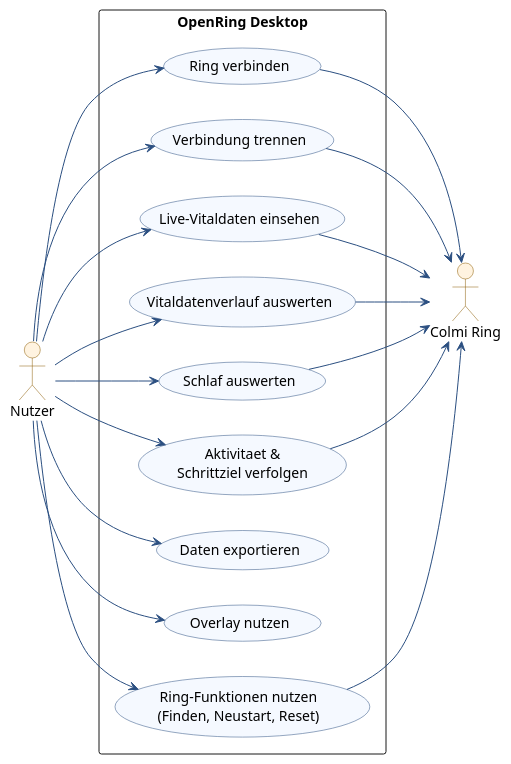
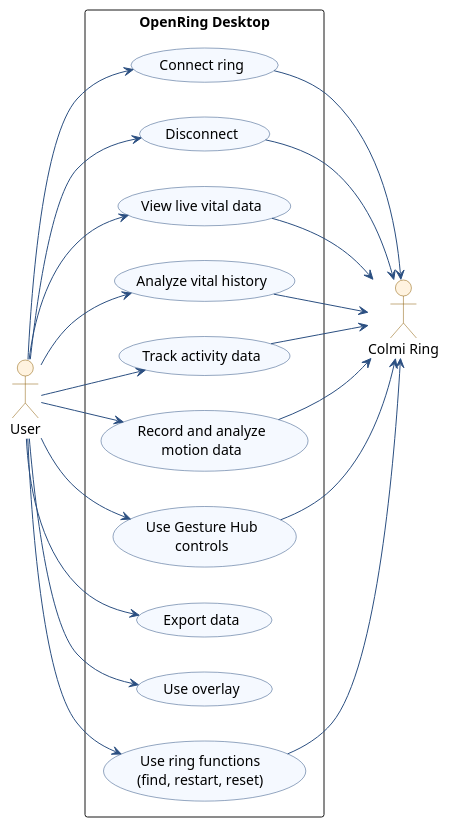
Before and after one commit to mkraska06/openring-dashboard: the diagram in docs/specs/use-case-diagram.puml, drawn with PlantUML. The commit also changed 5 other files, not shown here.

```diff
--- a/docs/specs/use-case-diagram.puml
+++ b/docs/specs/use-case-diagram.puml
@@ -1,64 +1,65 @@
-@startuml OpenRing-Desktop-Anwendungsfalldiagramm
+@startuml OpenRing-Desktop-Use-Case-Diagram
 ' ===========================================================
-' Anwendungsfalldiagramm: OpenRing Desktop
-' Kompakte, zielorientierte Sicht auf die Anwendungsfaelle.
+' Use case diagram: OpenRing Desktop
+' Compact, goal-oriented view of the implemented v1.0 application scope.
+' AI assistance: German diagram labels were translated to English and adjusted
+' to the documented v1.0 submission scope.
 ' ===========================================================
 
 skinparam backgroundColor #FFFFFF
 skinparam usecase {
     BackgroundColor #F5F9FF
     BorderColor #2B4F81
     ArrowColor #2B4F81
 }
 skinparam actor {
     BackgroundColor #FFF3E0
     BorderColor #8A5A00
 }
 skinparam packageStyle rectangle
 left to right direction
 
-actor "Nutzer" as User
+actor "User" as User
 actor "Colmi Ring" as Ring
 
 rectangle "OpenRing Desktop" {
 
-    usecase "Ring verbinden"                as UC_Connect
-    usecase "Verbindung trennen"            as UC_Disconnect
+    usecase "Connect ring"                as UC_Connect
+    usecase "Disconnect"                  as UC_Disconnect
 
-    usecase "Live-Vitaldaten einsehen"      as UC_Live
-    usecase "Vitaldatenverlauf auswerten"   as UC_History
-    usecase "Schlaf auswerten"              as UC_Sleep
-    usecase "Aktivitaet &\nSchrittziel verfolgen" as UC_Activity
+    usecase "View live vital data"         as UC_Live
+    usecase "Analyze vital history"        as UC_History
+    usecase "Track activity data"          as UC_Activity
+    usecase "Record and analyze\nmotion data" as UC_Motion
+    usecase "Use Gesture Hub\ncontrols"    as UC_Gesture
 
-    usecase "Daten exportieren"             as UC_Export
+    usecase "Export data"                 as UC_Export
 
-    usecase "Overlay nutzen"                as UC_Overlay
+    usecase "Use overlay"                 as UC_Overlay
 
-
-    usecase "Ring-Funktionen nutzen\n(Finden, Neustart, Reset)" as UC_Device
-
-
+    usecase "Use ring functions\n(find, restart, reset)" as UC_Device
 }
 
-' === Nutzer ===
+' === User ===
 User --> UC_Connect
 User --> UC_Disconnect
 User --> UC_Live
 User --> UC_History
-User --> UC_Sleep
 User --> UC_Activity
+User --> UC_Motion
+User --> UC_Gesture
 User --> UC_Export
 User --> UC_Overlay
 User --> UC_Device
 
-
-' === Colmi Ring (nur dort, wo BLE-Kommunikation zwingend ist) ===
+' === Colmi Ring (only where BLE communication is required) ===
 UC_Connect  --> Ring
 UC_Disconnect --> Ring
 UC_Live     --> Ring
 UC_History  --> Ring
-UC_Sleep    --> Ring
 UC_Activity --> Ring
+UC_Motion   --> Ring
+UC_Gesture  --> Ring
 UC_Device   --> Ring
 
 @enduml
```
